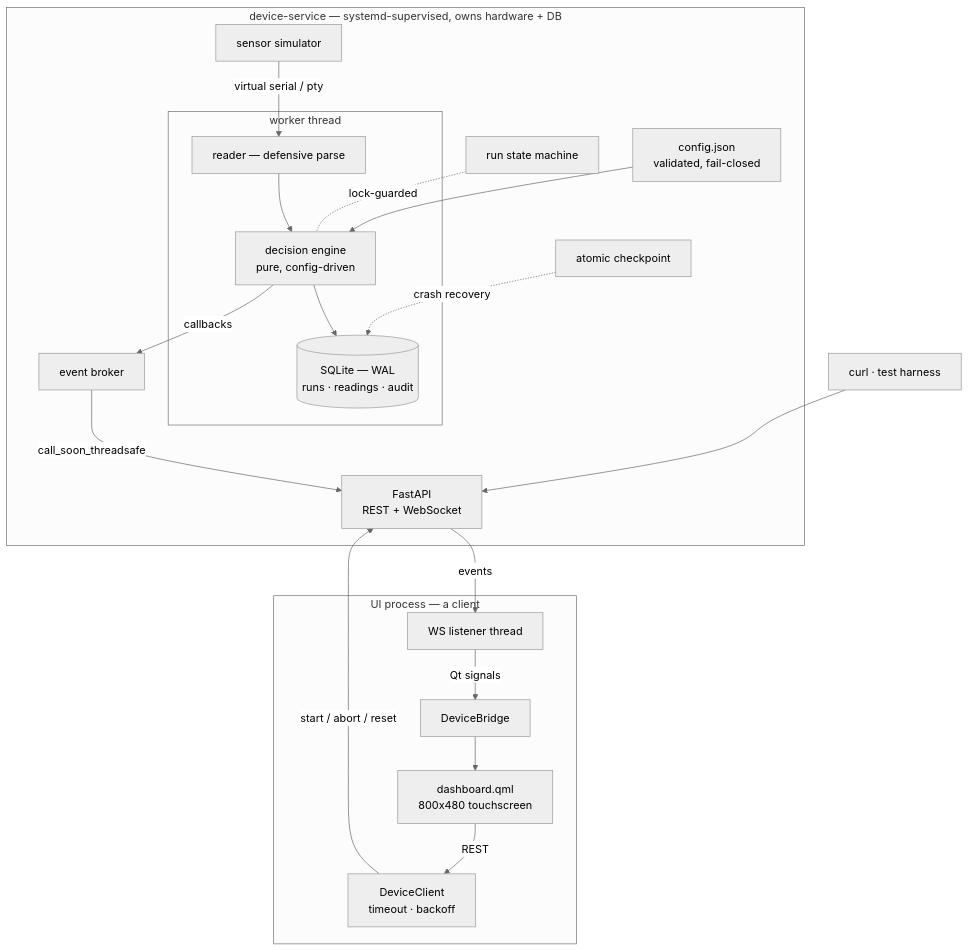
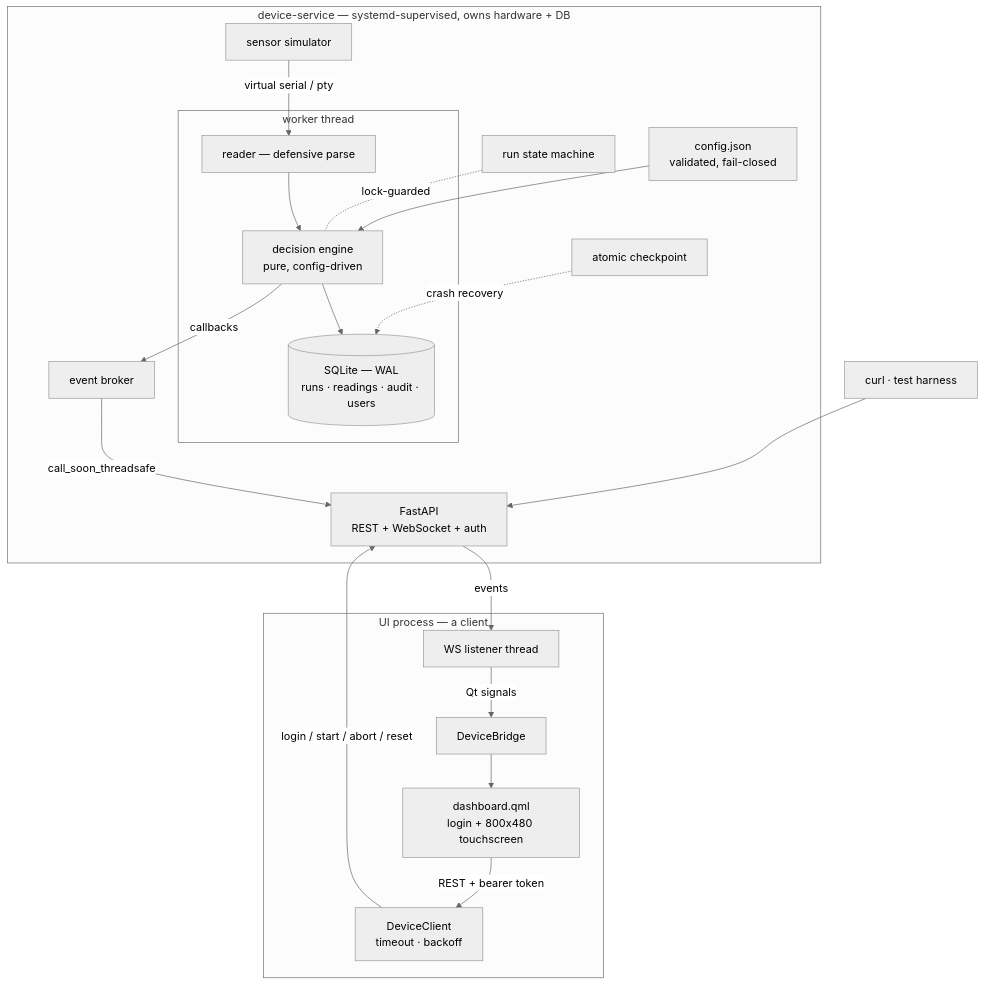
The first of 16 diagrams in README.md (chetanjogi/edge-device), drawn with Mermaid (neutral theme) before and after one commit. The commit also changed other lines of this file and 1 other file, not shown here.

Commit message:
Export OpenAPI spec to docs/

````diff
--- a/README.md
+++ b/README.md
@@ -44,25 +45,25 @@
 ```mermaid
 flowchart TD
     subgraph SVC[device-service — systemd-supervised, owns hardware + DB]
       SIM[sensor simulator] -->|virtual serial / pty| RD[reader — defensive parse]
       subgraph W[worker thread]
         RD --> DEC[decision engine<br/>pure, config-driven]
-        DEC --> DB[(SQLite — WAL<br/>runs · readings · audit)]
+        DEC --> DB[(SQLite — WAL<br/>runs · readings · audit · users)]
       end
       DEC -->|callbacks| BRK[event broker]
-      BRK -->|call_soon_threadsafe| API[FastAPI<br/>REST + WebSocket]
+      BRK -->|call_soon_threadsafe| API[FastAPI<br/>REST + WebSocket + auth]
       FSM[run state machine] -.lock-guarded.- DEC
       CFG[config.json<br/>validated, fail-closed] --> DEC
       CK[atomic checkpoint] -.crash recovery.-> DB
     end
 
     subgraph UIP[UI process — a client]
       WS[WS listener thread] -->|Qt signals| BR[DeviceBridge]
-      BR --> QML[dashboard.qml<br/>800x480 touchscreen]
-      QML -->|REST| HTTP[DeviceClient<br/>timeout · backoff]
+      BR --> QML[dashboard.qml<br/>login + 800x480 touchscreen]
+      QML -->|REST + bearer token| HTTP[DeviceClient<br/>timeout · backoff]
     end
 
     API -->|events| WS
-    HTTP -->|start / abort / reset| API
+    HTTP -->|login / start / abort / reset| API
     CLI[curl · test harness] --> API
 ```
````
